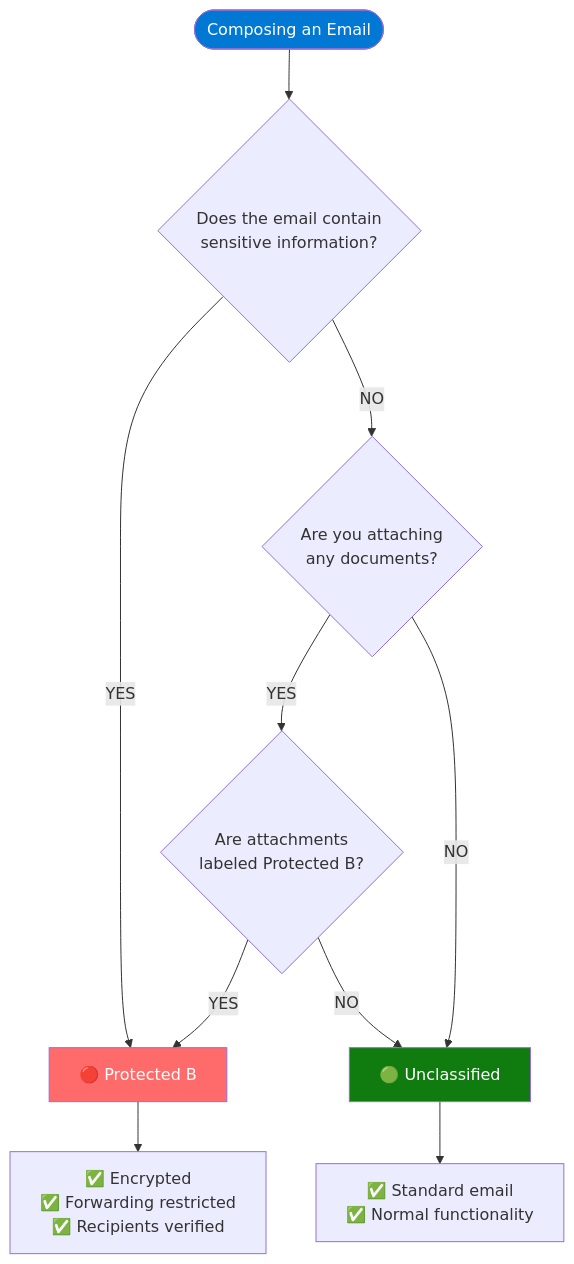
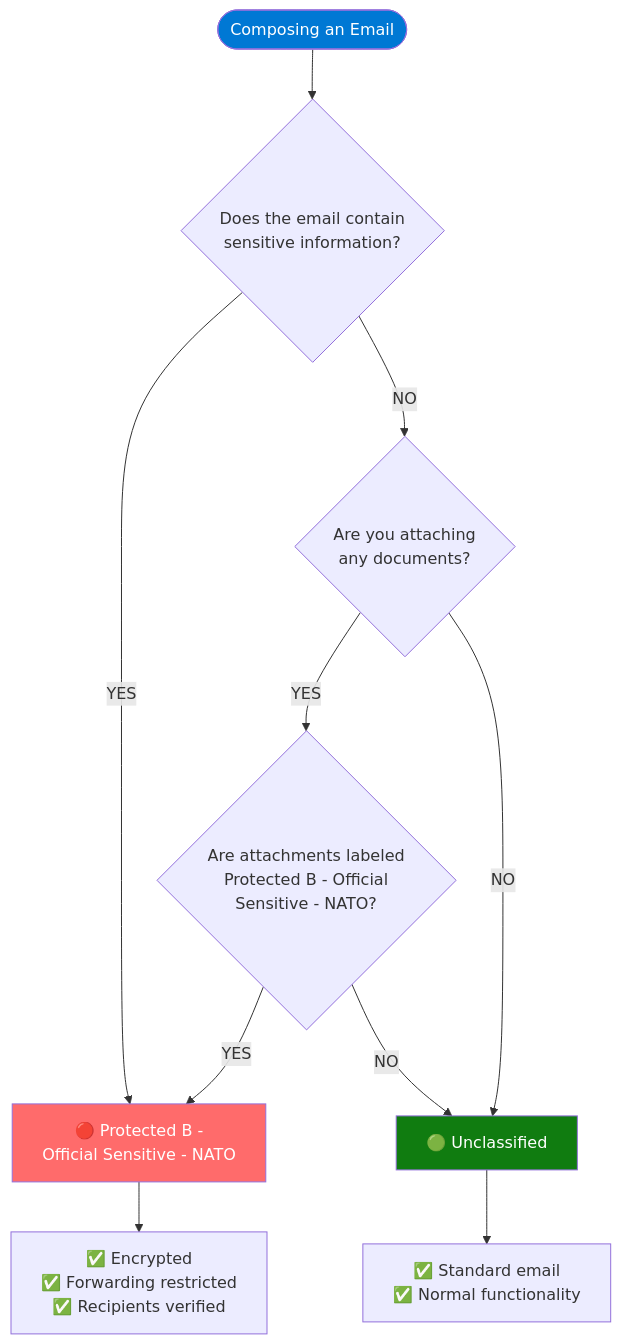
The second of 4 diagrams in docs/Teams/latest/package/DECISION-TREE-VISUAL-GUIDE.md (Cloudstrucc/Public), drawn with Mermaid before and after one commit. The commit also changed other lines of this file, not shown here.

````diff
--- a/docs/Teams/latest/package/DECISION-TREE-VISUAL-GUIDE.md
+++ b/docs/Teams/latest/package/DECISION-TREE-VISUAL-GUIDE.md
@@ -91,20 +91,20 @@
 ```mermaid
 flowchart TD
     Start([Composing an Email]) --> Q1{Does the email contain<br/>sensitive information?}
     
-    Q1 -->|YES| ProtB[🔴 Protected B]
+    Q1 -->|YES| ProtB[🔴 Protected B -<br/>Official Sensitive - NATO]
     Q1 -->|NO| Q2{Are you attaching<br/>any documents?}
     
-    Q2 -->|YES| Q3{Are attachments<br/>labeled Protected B?}
+    Q2 -->|YES| Q3{Are attachments labeled<br/>Protected B - Official<br/>Sensitive - NATO?}
     Q2 -->|NO| Unclass[🟢 Unclassified]
     
     Q3 -->|YES| ProtB
     Q3 -->|NO| Unclass
     
     ProtB --> Result1[✅ Encrypted<br/>✅ Forwarding restricted<br/>✅ Recipients verified]
     Unclass --> Result2[✅ Standard email<br/>✅ Normal functionality]
     
     style Start fill:#0078d4,color:#fff
     style ProtB fill:#ff6b6b,color:#fff
     style Unclass fill:#107c10,color:#fff
 ```
````
